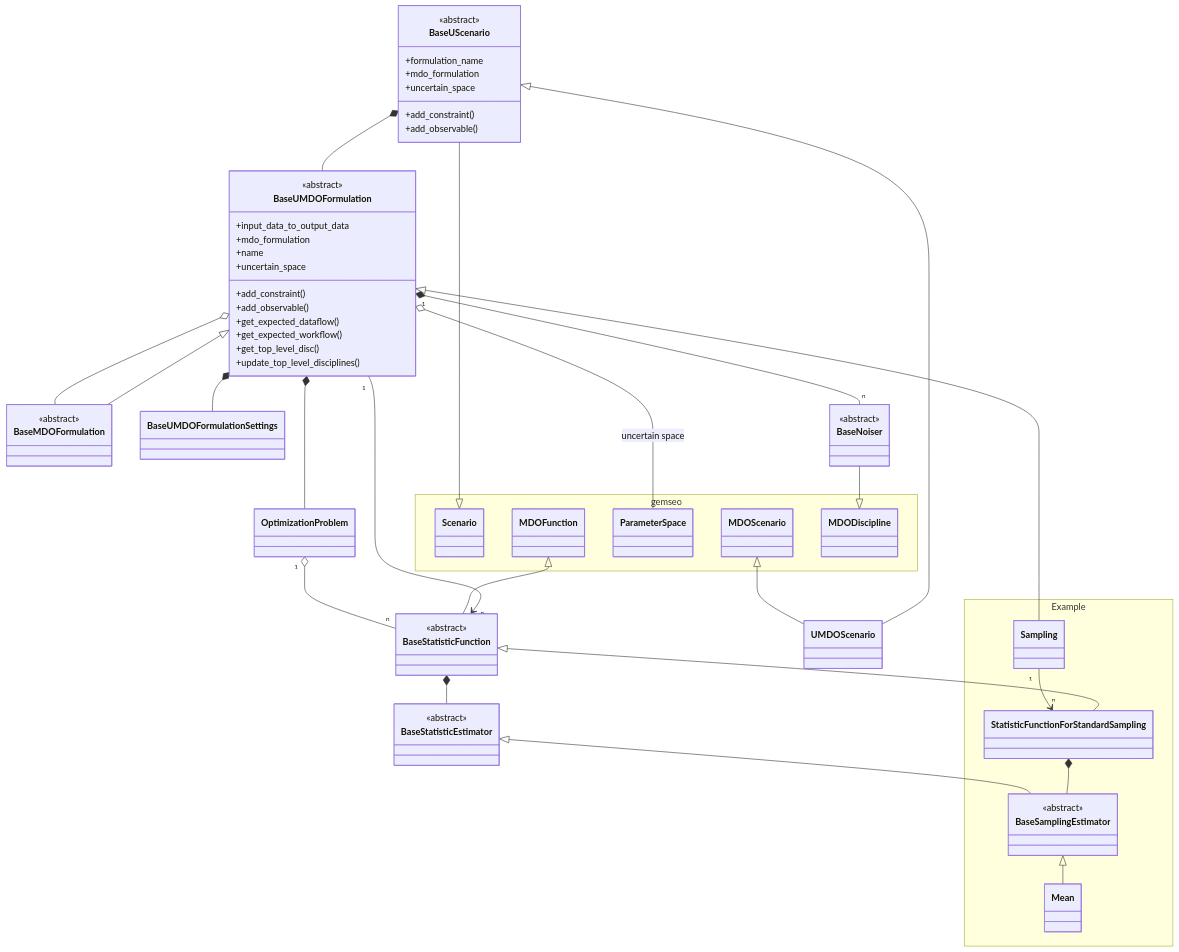
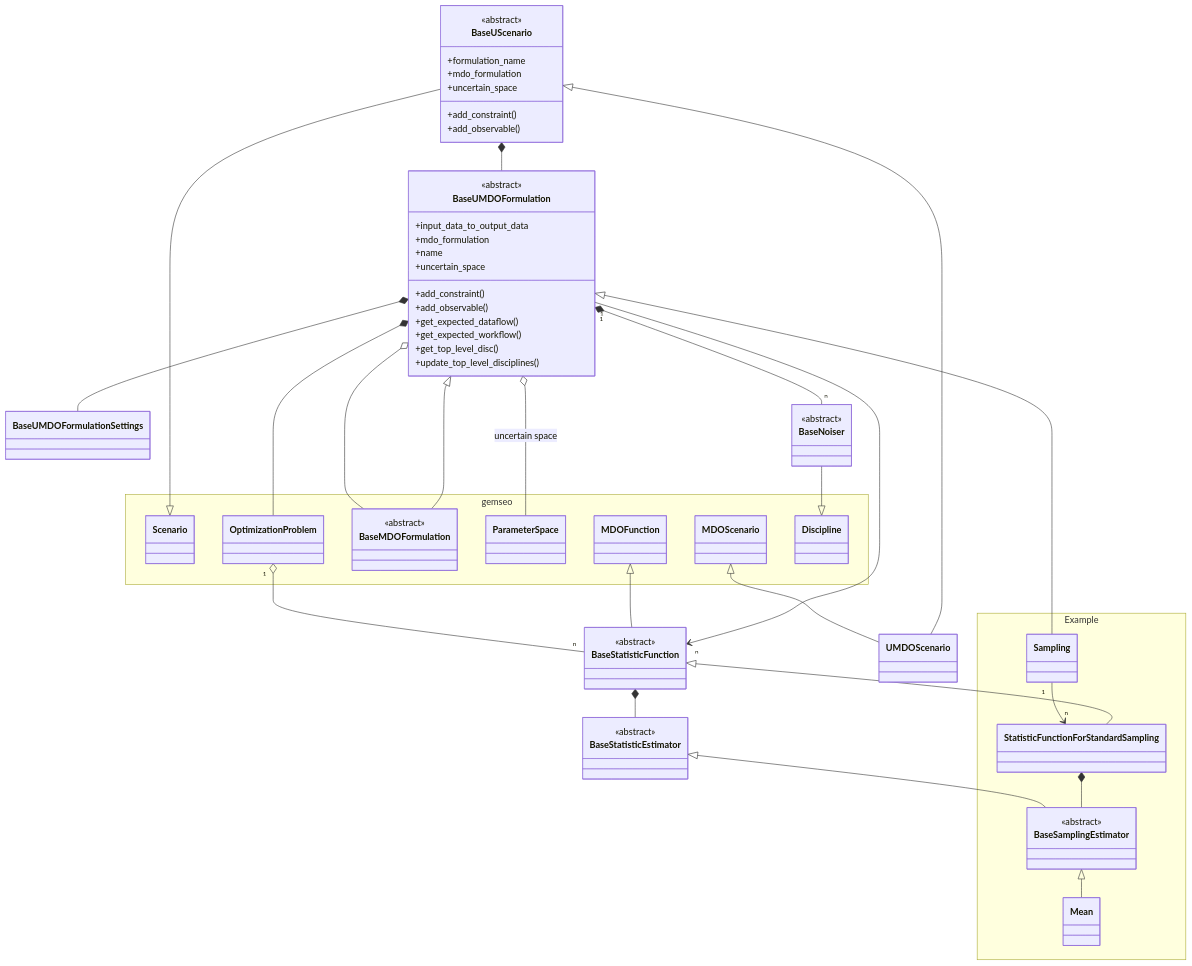
Before and after one commit to gemseo/gemseo-umdo: the diagram in docs/developer_guide/umdo.md, drawn with Mermaid. The commit also changed 1 other file, not shown here.

Commit message:
Documentation: correct class diagram + repair broken link

````diff
--- a/docs/developer_guide/umdo.md
+++ b/docs/developer_guide/umdo.md
@@ -92,75 +92,77 @@
 ``` mermaid
 classDiagram
 
    BaseUScenario --|> Scenario
    BaseUScenario <|-- UMDOScenario
    MDOScenario <|-- UMDOScenario
 
    class BaseUScenario {
     +add_constraint()
     +add_observable()
     +formulation_name
     +mdo_formulation
     +uncertain_space
    }
 
    BaseUScenario *-- BaseUMDOFormulation
    BaseUMDOFormulation <|-- BaseMDOFormulation
    BaseUMDOFormulation o-- BaseMDOFormulation
 
    class BaseUMDOFormulation {
      +add_constraint()
      +add_observable()
      +get_expected_dataflow()
      +get_expected_workflow()
      +get_top_level_disc()
      +input_data_to_output_data
      +mdo_formulation
      +name
      +uncertain_space
      +update_top_level_disciplines()
    }
 
    BaseUMDOFormulation o-- ParameterSpace: uncertain space
    BaseUMDOFormulation "1" --> "n" BaseStatisticFunction
    BaseStatisticFunction *-- BaseStatisticEstimator
 
    BaseUMDOFormulation <|-- Sampling
    MDOFunction <|-- BaseStatisticFunction
    BaseStatisticFunction <|-- StatisticFunctionForStandardSampling
    Sampling "1" --> "n" StatisticFunctionForStandardSampling
    StatisticFunctionForStandardSampling *-- BaseSamplingEstimator
    BaseStatisticEstimator <|-- BaseSamplingEstimator
    BaseSamplingEstimator <|-- Mean
 
    BaseUMDOFormulation *-- BaseUMDOFormulationSettings
 
    BaseUMDOFormulation *-- OptimizationProblem
    OptimizationProblem "1" o-- "n" BaseStatisticFunction
 
    BaseUMDOFormulation "1" *-- "n" BaseNoiser
-   BaseNoiser --|> MDODiscipline
+   BaseNoiser --|> Discipline
 
    <<abstract>> BaseUScenario
    <<abstract>> BaseMDOFormulation
    <<abstract>> BaseUMDOFormulation
    <<abstract>> BaseStatisticFunction
    <<abstract>> BaseStatisticEstimator
    <<abstract>> BaseSamplingEstimator
    <<abstract>> BaseNoiser
 
    namespace Example {
     class Sampling
     class StatisticFunctionForStandardSampling
     class BaseSamplingEstimator
     class Mean
    }
 
    namespace gemseo {
-     class MDODiscipline
+     class BaseMDOFormulation
+     class Discipline
      class MDOFunction
      class MDOScenario
+     class OptimizationProblem
      class ParameterSpace
      class Scenario
    }
 ```
````
